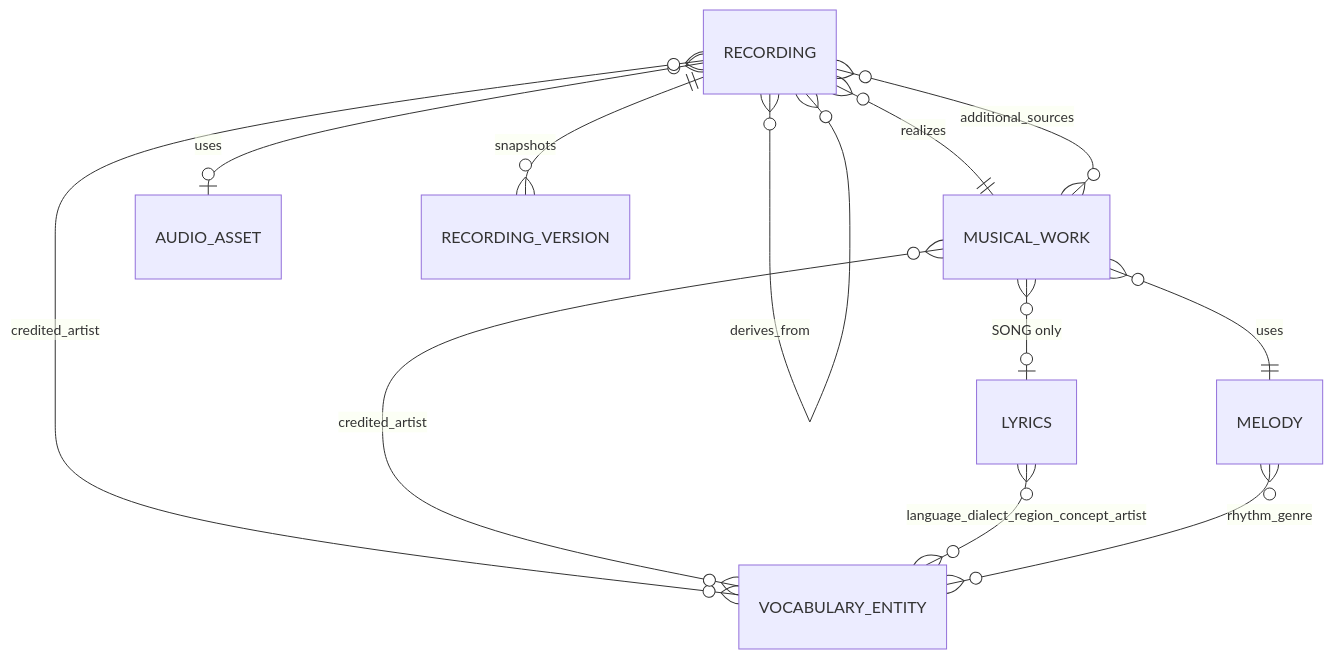
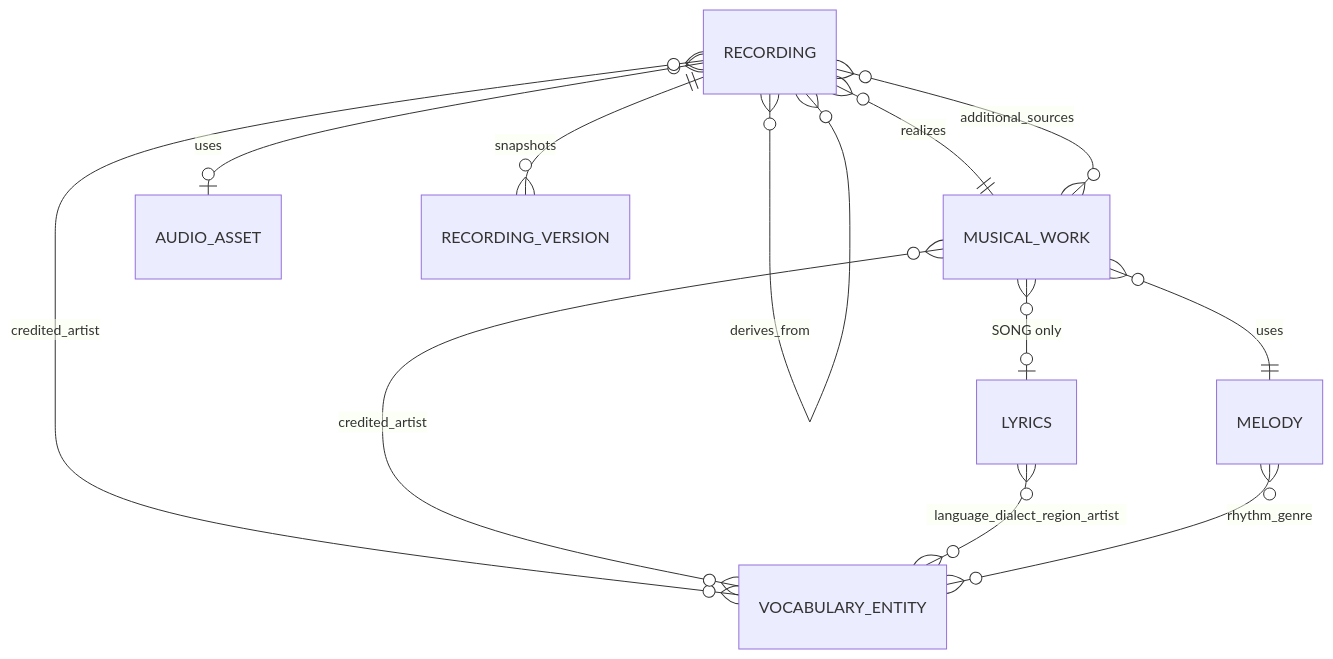
Before and after one commit to rudyhamame/khalilnahhat_back: the diagram in docs/MUSIC-ONTOLOGY.md, drawn with Mermaid. The commit also changed other lines of this file and 32 other files, not shown here.

````diff
--- a/docs/MUSIC-ONTOLOGY.md
+++ b/docs/MUSIC-ONTOLOGY.md
@@ -22,14 +22,14 @@
 ```mermaid
 erDiagram
   RECORDING }o--|| MUSICAL_WORK : realizes
   MUSICAL_WORK }o--|| MELODY : uses
   MUSICAL_WORK }o--o| LYRICS : "SONG only"
   RECORDING }o--o| AUDIO_ASSET : uses
   RECORDING }o--o{ RECORDING : derives_from
   RECORDING }o--o{ MUSICAL_WORK : additional_sources
   RECORDING ||--o{ RECORDING_VERSION : snapshots
   RECORDING }o--o{ VOCABULARY_ENTITY : credited_artist
   MUSICAL_WORK }o--o{ VOCABULARY_ENTITY : credited_artist
-  LYRICS }o--o{ VOCABULARY_ENTITY : language_dialect_region_concept_artist
+  LYRICS }o--o{ VOCABULARY_ENTITY : language_dialect_region_artist
   MELODY }o--o{ VOCABULARY_ENTITY : rhythm_genre
 ```
````
